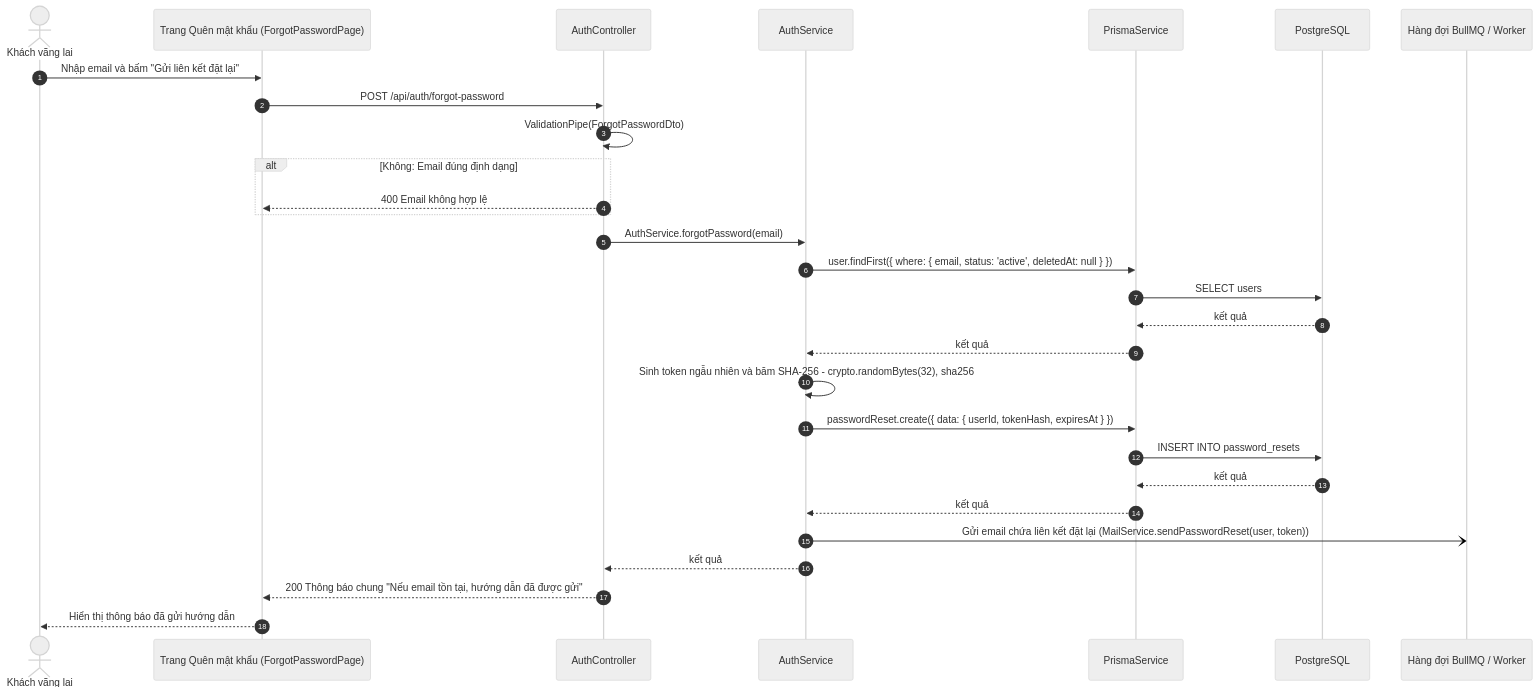
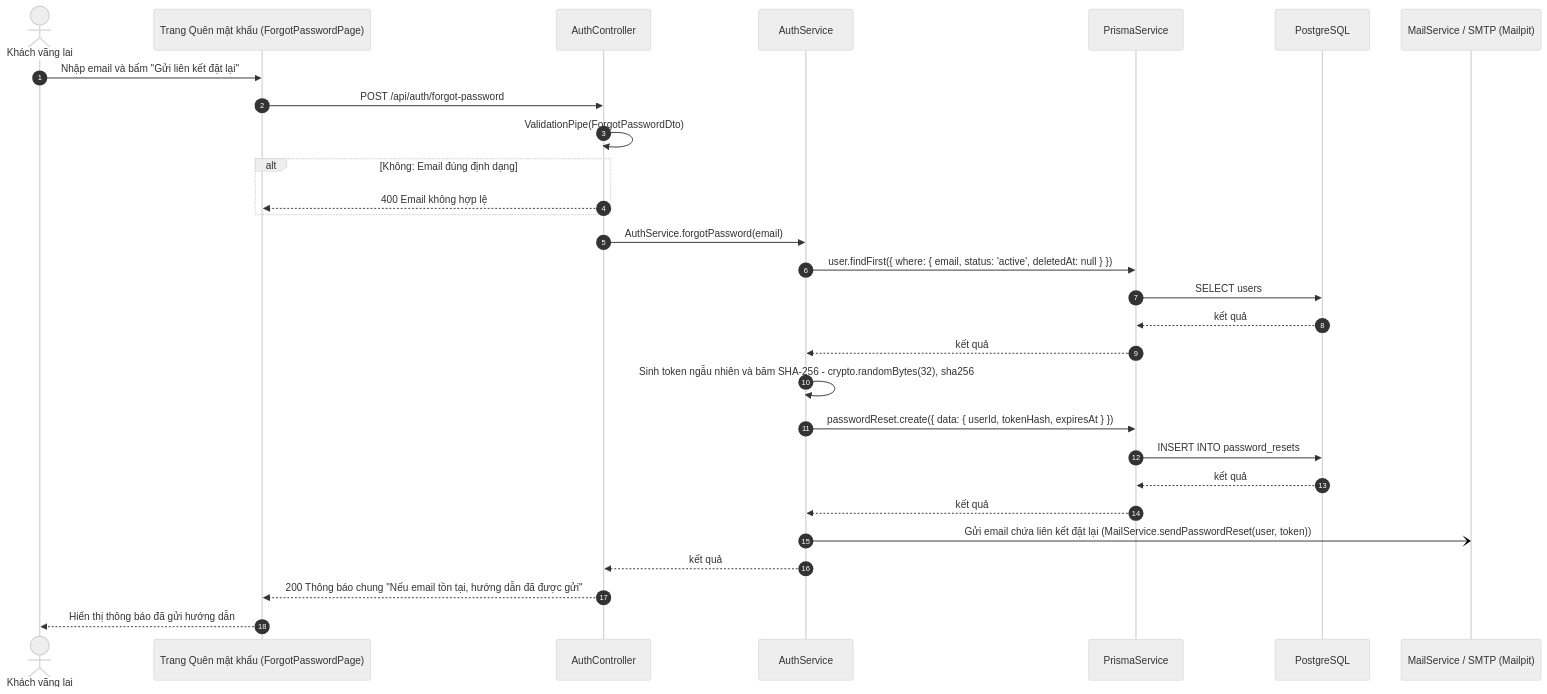
One commit to 2431540234-arch/XDUDTMDT changed the diagram in docs/diagrams/src/sequence_UC-AUTH-05_quen-mat-khau-yeu-cau-dat-lai.mmd. Above: the diagram before and after it, drawn with Mermaid (neutral theme). The commit also changed 184 other files, not shown here.

```diff
--- a/docs/diagrams/src/sequence_UC-AUTH-05_quen-mat-khau-yeu-cau-dat-lai.mmd
+++ b/docs/diagrams/src/sequence_UC-AUTH-05_quen-mat-khau-yeu-cau-dat-lai.mmd
@@ -1,29 +1,29 @@
 sequenceDiagram
     autonumber
     actor A as Khách vãng lai
     participant FE as Trang Quên mật khẩu (ForgotPasswordPage)
     participant C as AuthController
     participant S as AuthService
     participant P as PrismaService
     participant D as PostgreSQL
-    participant W as Hàng đợi BullMQ / Worker
+    participant W as MailService / SMTP (Mailpit)
     A->>FE: Nhập email và bấm "Gửi liên kết đặt lại"
     FE->>C: POST /api/auth/forgot-password
     C->>C: ValidationPipe(ForgotPasswordDto)
     alt Không: Email đúng định dạng
         C-->>FE: 400 Email không hợp lệ
     end
     C->>S: AuthService.forgotPassword(email)
     S->>P: user.findFirst({ where: { email, status: 'active', deletedAt: null } })
     P->>D: SELECT users
     D-->>P: kết quả
     P-->>S: kết quả
     S->>S: Sinh token ngẫu nhiên và băm SHA-256 - crypto.randomBytes(32), sha256
     S->>P: passwordReset.create({ data: { userId, tokenHash, expiresAt } })
     P->>D: INSERT INTO password_resets
     D-->>P: kết quả
     P-->>S: kết quả
     S-)W: Gửi email chứa liên kết đặt lại (MailService.sendPasswordReset(user, token))
     S-->>C: kết quả
     C-->>FE: 200 Thông báo chung "Nếu email tồn tại, hướng dẫn đã được gửi"
     FE-->>A: Hiển thị thông báo đã gửi hướng dẫn
```
